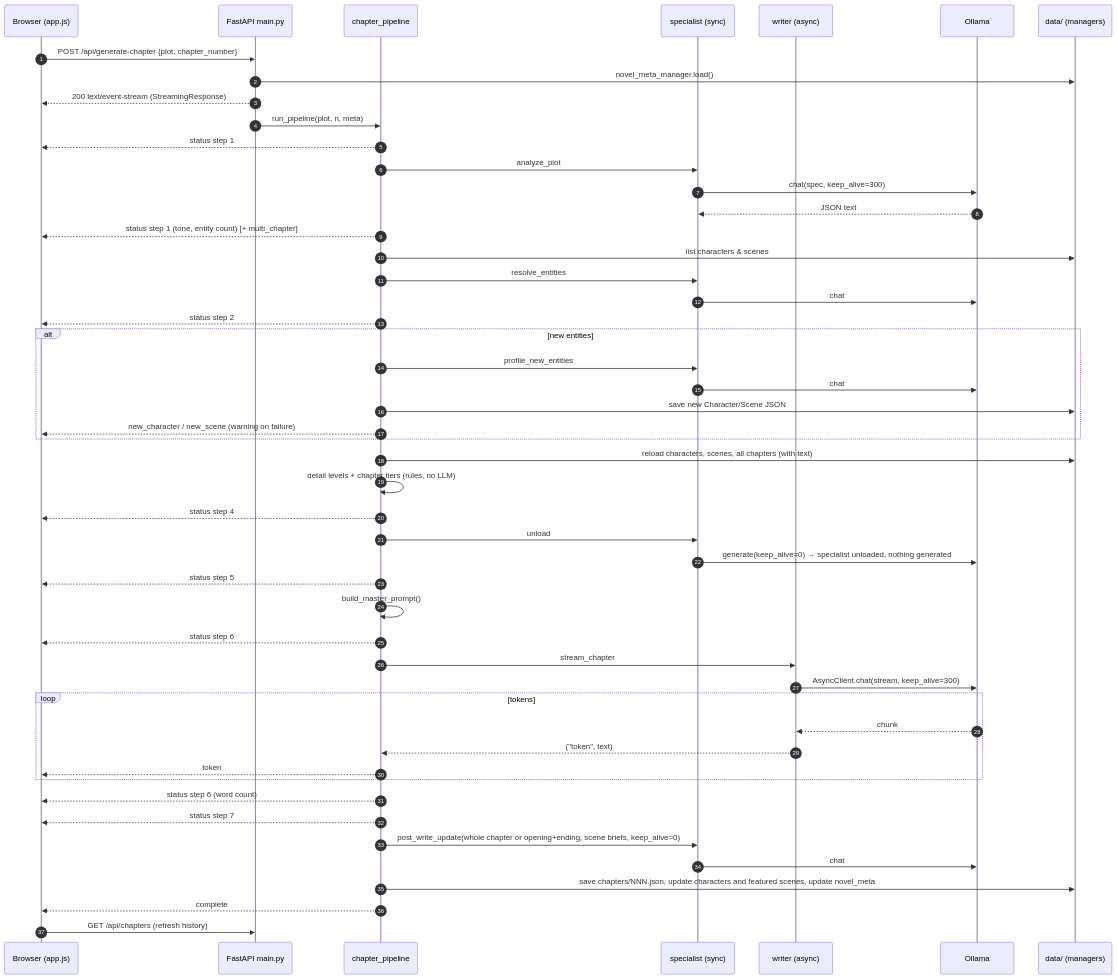
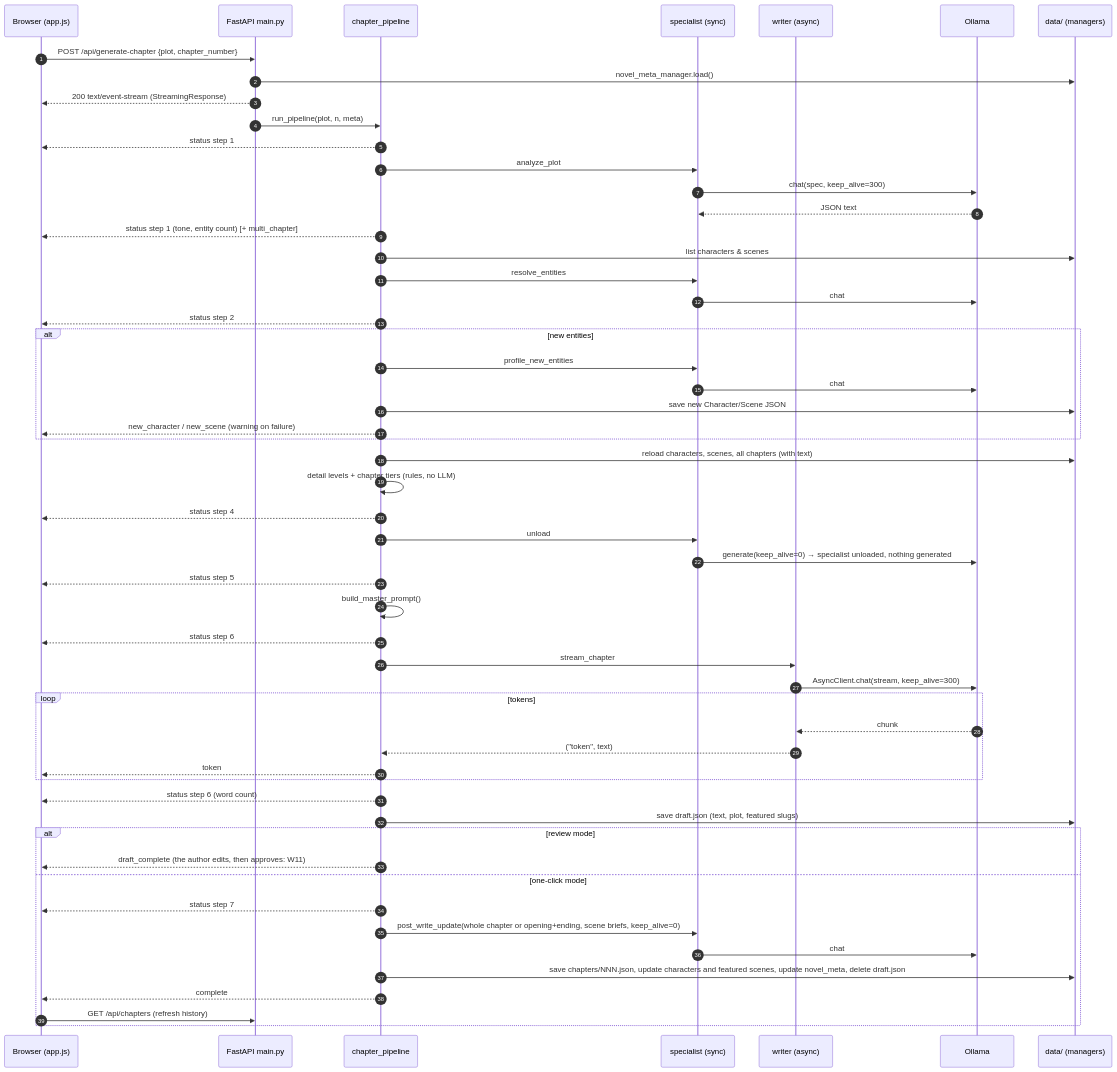
Before and after one commit to Tejasva-Maurya/AI_Writer: the second of 3 diagrams in docs/technical/02-workflows.md, drawn with Mermaid. The commit also changed other lines of this file and 29 other files, not shown here.

First line of the commit message:
Review chapter drafts, AI rewrites, prompt reuse and @-mentions (plan 019, KI-041)

````diff
--- a/docs/technical/02-workflows.md
+++ b/docs/technical/02-workflows.md
@@ -140,53 +149,58 @@
 ```mermaid
 sequenceDiagram
     autonumber
     participant UI as Browser (app.js)
     participant API as FastAPI main.py
     participant PL as chapter_pipeline
     participant SP as specialist (sync)
     participant WR as writer (async)
     participant OL as Ollama
     participant FS as data/ (managers)
 
     UI->>API: POST /api/generate-chapter {plot, chapter_number}
     API->>FS: novel_meta_manager.load()
     API-->>UI: 200 text/event-stream (StreamingResponse)
     API->>PL: run_pipeline(plot, n, meta)
     PL-->>UI: status step 1
     PL->>SP: analyze_plot
     SP->>OL: chat(spec, keep_alive=300)
     OL-->>SP: JSON text
     PL-->>UI: status step 1 (tone, entity count) [+ multi_chapter]
     PL->>FS: list characters & scenes
     PL->>SP: resolve_entities
     SP->>OL: chat
     PL-->>UI: status step 2
     alt new entities
         PL->>SP: profile_new_entities
         SP->>OL: chat
         PL->>FS: save new Character/Scene JSON
         PL-->>UI: new_character / new_scene (warning on failure)
     end
     PL->>FS: reload characters, scenes, all chapters (with text)
     PL->>PL: detail levels + chapter tiers (rules, no LLM)
     PL-->>UI: status step 4
     PL->>SP: unload
     SP->>OL: generate(keep_alive=0) → specialist unloaded, nothing generated
     PL-->>UI: status step 5
     PL->>PL: build_master_prompt()
     PL-->>UI: status step 6
     PL->>WR: stream_chapter
     WR->>OL: AsyncClient.chat(stream, keep_alive=300)
     loop tokens
         OL-->>WR: chunk
         WR-->>PL: ("token", text)
         PL-->>UI: token
     end
     PL-->>UI: status step 6 (word count)
-    PL-->>UI: status step 7
-    PL->>SP: post_write_update(whole chapter or opening+ending, scene briefs, keep_alive=0)
-    SP->>OL: chat
-    PL->>FS: save chapters/NNN.json, update characters and featured scenes, update novel_meta
-    PL-->>UI: complete
-    UI->>API: GET /api/chapters (refresh history)
+    PL->>FS: save draft.json (text, plot, featured slugs)
+    alt review mode
+        PL-->>UI: draft_complete (the author edits, then approves: W11)
+    else one-click mode
+        PL-->>UI: status step 7
+        PL->>SP: post_write_update(whole chapter or opening+ending, scene briefs, keep_alive=0)
+        SP->>OL: chat
+        PL->>FS: save chapters/NNN.json, update characters and featured scenes, update novel_meta, delete draft.json
+        PL-->>UI: complete
+        UI->>API: GET /api/chapters (refresh history)
+    end
 ```
````
